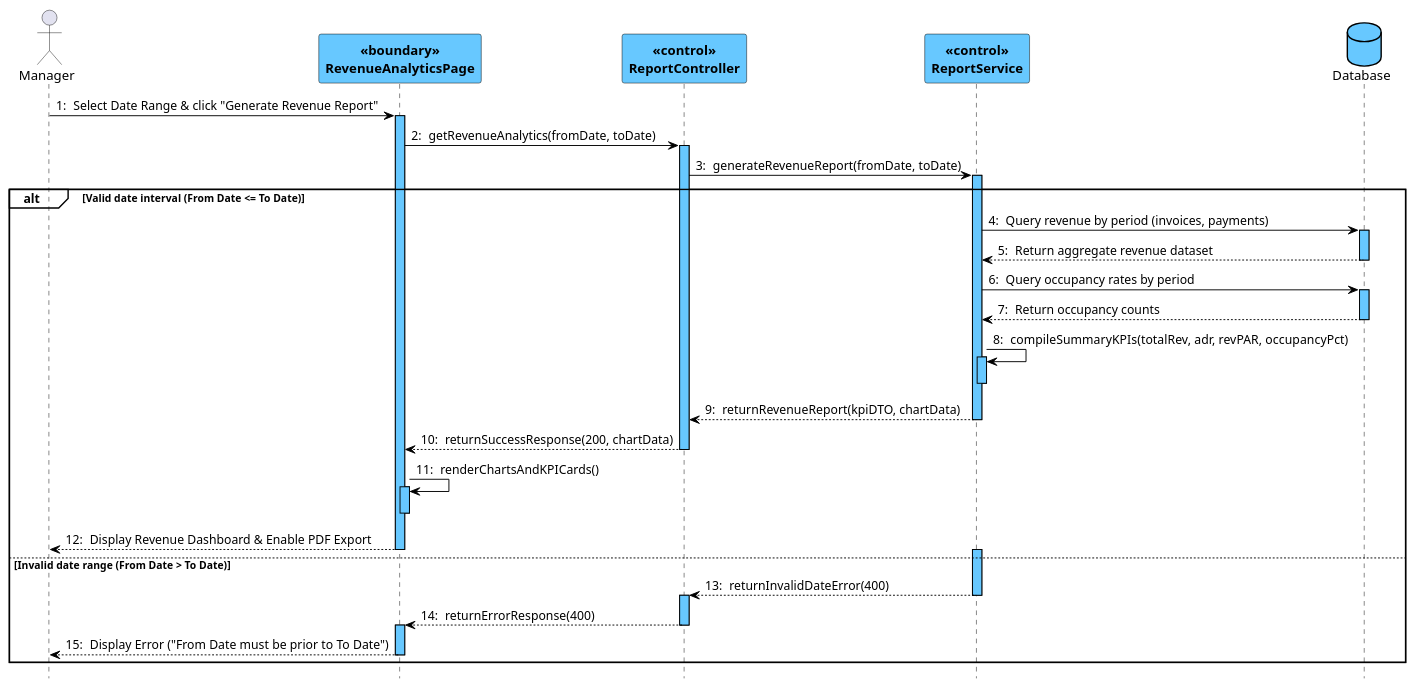
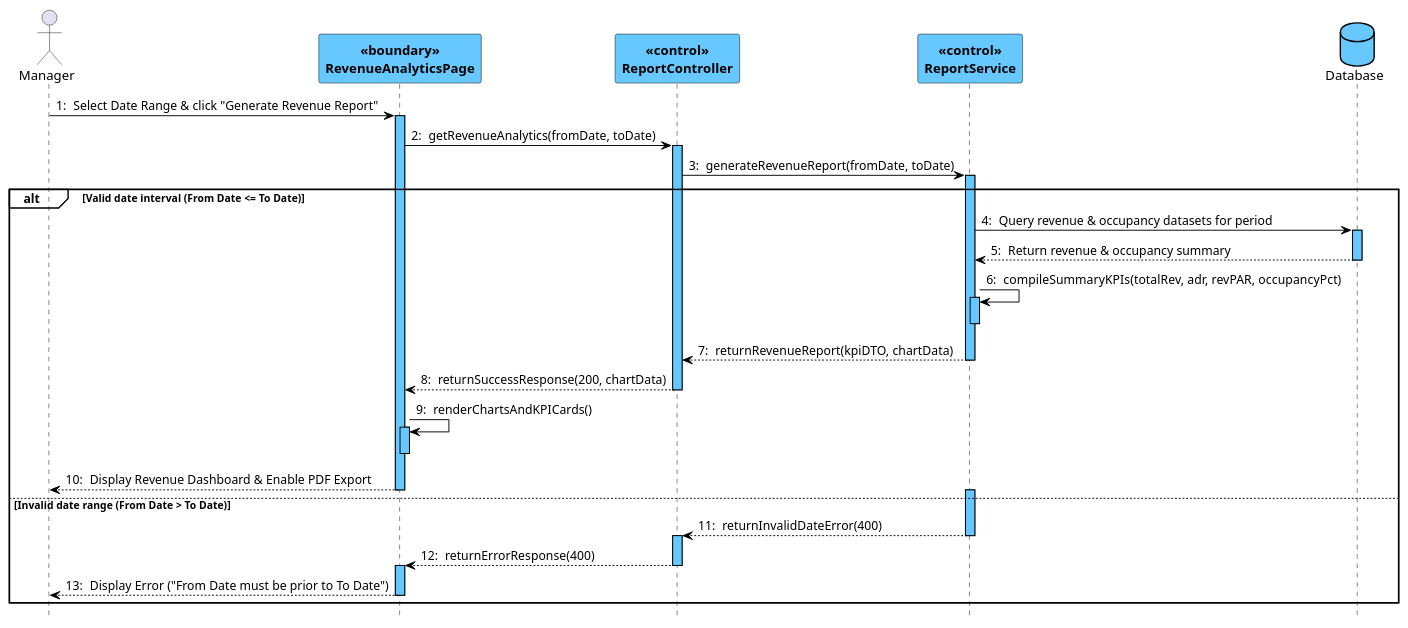
The seventh of 7 diagrams in docs/Class + Sequence/Sequence Diagram(s) (PlantUML).md (hieupeek/sba_doc), drawn with PlantUML before and after one commit. The commit also changed other lines of this file and 8 other files, not shown here.

Commit message:
docs: streamline database interactions to transaction-level operations in sequence diagrams

````diff
--- a/docs/Class + Sequence/Sequence Diagram(s) (PlantUML).md
+++ b/docs/Class + Sequence/Sequence Diagram(s) (PlantUML).md
@@ -536,81 +501,76 @@
 ```plantuml
 @startuml
 skinparam shadowed false
 autonumber 1 "0: "
 hide footbox
 
 skinparam participantBackgroundColor #67C8FF
 skinparam participantBorderColor #000000
 skinparam participantFontColor #000000
 skinparam participantFontStyle bold
 
 skinparam databaseBackgroundColor #67C8FF
 skinparam databaseBorderColor #000000
 skinparam databaseFontColor #000000
 
 skinparam sequenceLifeLineBackgroundColor #67C8FF
 skinparam sequenceLifeLineBorderColor #000000
 skinparam sequenceArrowColor #000000
 
 skinparam SequenceGroupFontColor #000000
 skinparam SequenceGroupFontStyle bold
 skinparam SequenceGroupHeaderFontColor #000000
 skinparam SequenceGroupHeaderFontStyle bold
 skinparam SequenceGroupBorderColor #000000
 skinparam SequenceGroupBackgroundColor transparent
 
 actor Manager
 participant RevenueAnalyticsPage <<boundary>>
 participant ReportController <<control>>
 participant ReportService <<control>>
 database Database
 
 Manager -> RevenueAnalyticsPage : Select Date Range & click "Generate Revenue Report"
 activate RevenueAnalyticsPage
 
 RevenueAnalyticsPage -> ReportController : getRevenueAnalytics(fromDate, toDate)
 activate ReportController
 
 ReportController -> ReportService : generateRevenueReport(fromDate, toDate)
 activate ReportService
 
 alt Valid date interval (From Date <= To Date)
-    ReportService -> Database : Query revenue by period (invoices, payments)
+    ReportService -> Database : Query revenue & occupancy datasets for period
     activate Database
-    Database --> ReportService : Return aggregate revenue dataset
-    deactivate Database
-
-    ReportService -> Database : Query occupancy rates by period
-    activate Database
-    Database --> ReportService : Return occupancy counts
+    Database --> ReportService : Return revenue & occupancy summary
     deactivate Database
 
     ReportService -> ReportService : compileSummaryKPIs(totalRev, adr, revPAR, occupancyPct)
     activate ReportService
     deactivate ReportService
 
     ReportService --> ReportController : returnRevenueReport(kpiDTO, chartData)
     deactivate ReportService
 
     ReportController --> RevenueAnalyticsPage : returnSuccessResponse(200, chartData)
     deactivate ReportController
 
     RevenueAnalyticsPage -> RevenueAnalyticsPage : renderChartsAndKPICards()
     activate RevenueAnalyticsPage
     deactivate RevenueAnalyticsPage
 
     RevenueAnalyticsPage --> Manager : Display Revenue Dashboard & Enable PDF Export
     deactivate RevenueAnalyticsPage
 else Invalid date range (From Date > To Date)
     activate ReportService
     ReportService --> ReportController : returnInvalidDateError(400)
     deactivate ReportService
     activate ReportController
     ReportController --> RevenueAnalyticsPage : returnErrorResponse(400)
     deactivate ReportController
     activate RevenueAnalyticsPage
     RevenueAnalyticsPage --> Manager : Display Error ("From Date must be prior to To Date")
     deactivate RevenueAnalyticsPage
 end
 @enduml
 ```
````
